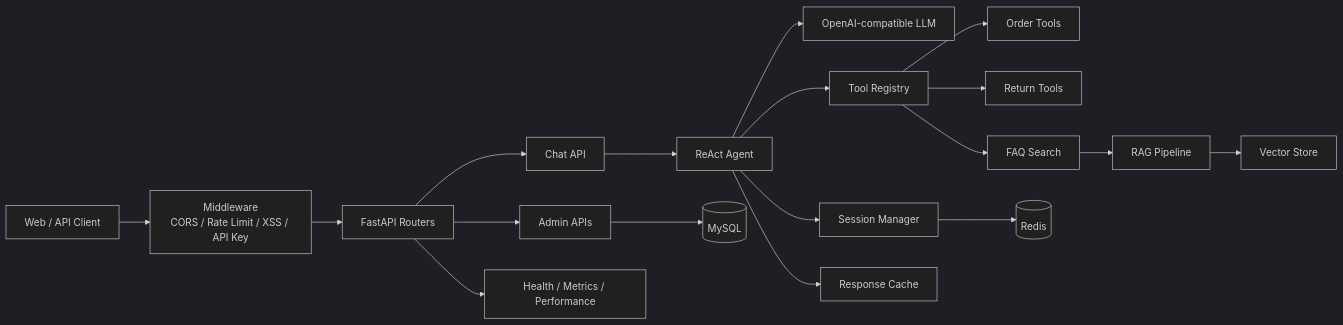
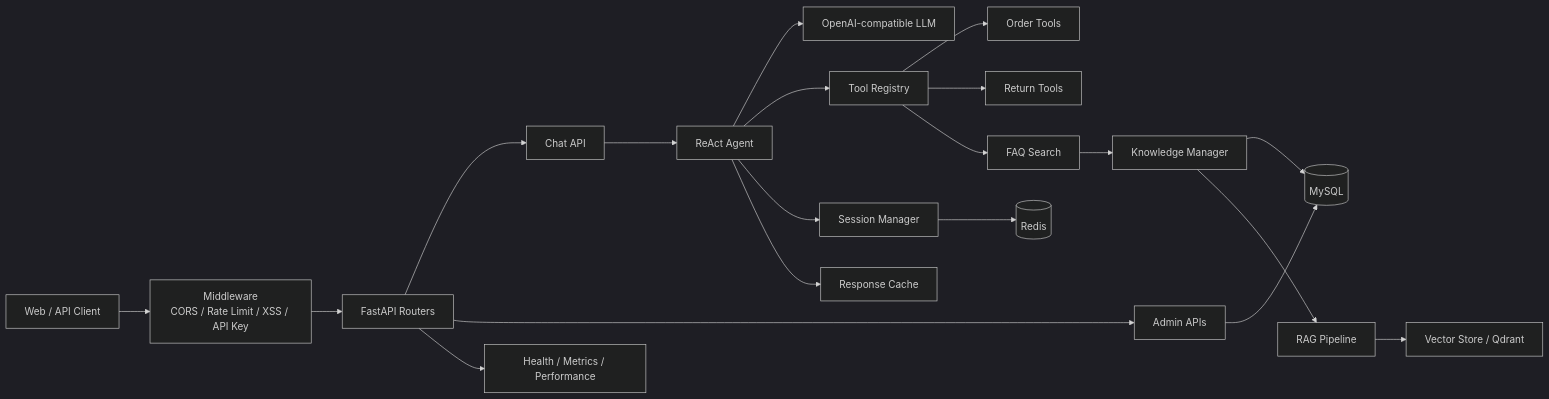
Before and after one commit to lzffzl13/lingxi: the diagram in README.md, drawn with Mermaid (dark theme). The commit also changed other lines of this file and 19 other files, not shown here.

````diff
--- a/README.md
+++ b/README.md
@@ -32,24 +32,26 @@
 ```mermaid
 flowchart LR
     Client["Web / API Client"] --> Middleware["Middleware<br/>CORS / Rate Limit / XSS / API Key"]
     Middleware --> API["FastAPI Routers"]
 
     API --> Chat["Chat API"]
     API --> Admin["Admin APIs"]
     API --> Ops["Health / Metrics / Performance"]
 
     Chat --> Agent["ReAct Agent"]
     Agent --> LLM["OpenAI-compatible LLM"]
     Agent --> Tools["Tool Registry"]
     Agent --> Session["Session Manager"]
     Agent --> Cache["Response Cache"]
 
     Tools --> Order["Order Tools"]
     Tools --> Return["Return Tools"]
     Tools --> FAQ["FAQ Search"]
-    FAQ --> RAG["RAG Pipeline"]
+    FAQ --> Knowledge["Knowledge Manager"]
+    Knowledge --> MySQL
+    Knowledge --> RAG["RAG Pipeline"]
 
     Session --> Redis[(Redis)]
     Admin --> MySQL[(MySQL)]
-    RAG --> Vector["Vector Store"]
+    RAG --> Vector["Vector Store / Qdrant"]
 ```
````
